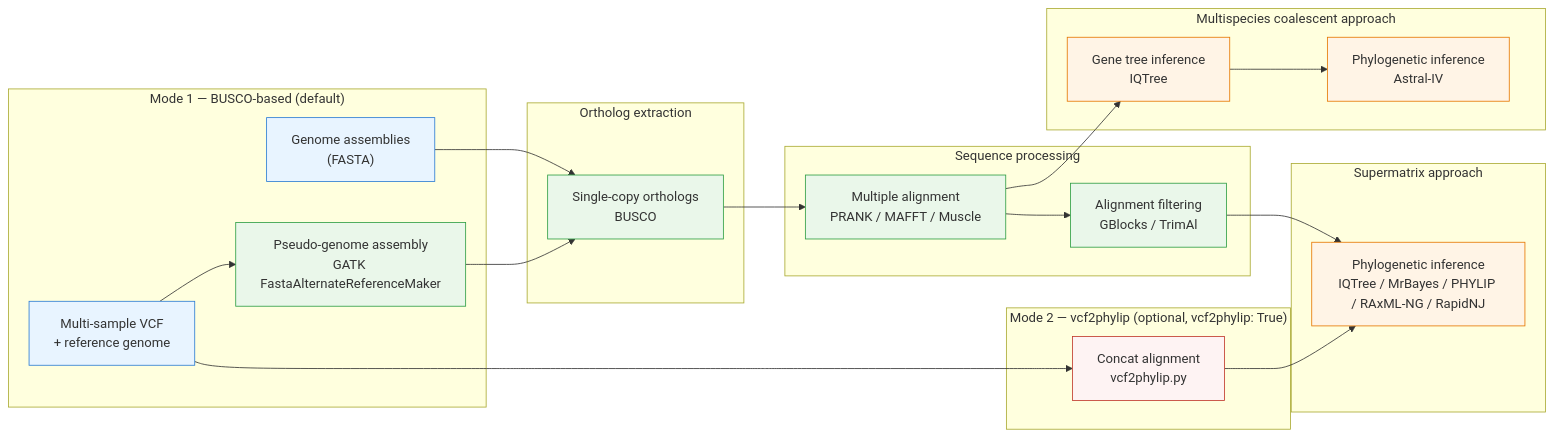
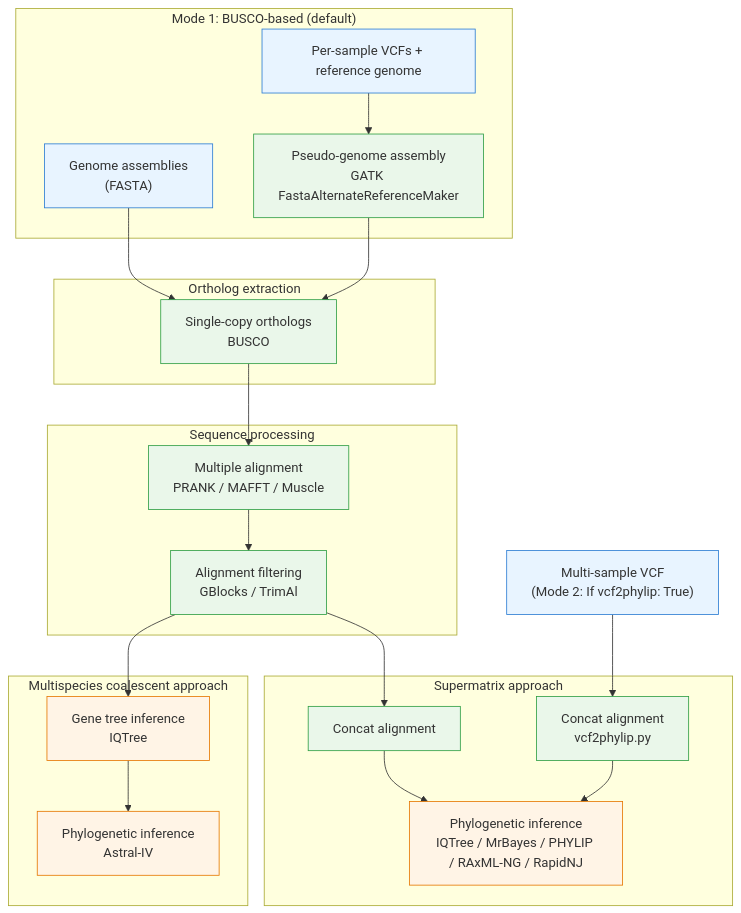
The diagram in README.md (tomarovsky/BuscoClade), drawn with Mermaid before and after one commit.

````diff
--- a/README.md
+++ b/README.md
@@ -10,62 +10,61 @@
 ```mermaid
-flowchart LR
+flowchart TD
 
-%% ----- MODE 1 INPUT -----
-subgraph INPUT["Mode 1 — BUSCO-based (default)"]
-A["Genome assemblies<br/>(FASTA)"]
-V["Multi-sample VCF<br/>+ reference genome"]
-V1["Pseudo-genome assembly<br/>GATK FastaAlternateReferenceMaker"]
+%% ----- INPUT -----
+subgraph INPUT["Mode 1: BUSCO-based (default)"]
+A_fa["Genome assemblies<br/>(FASTA)"]
+A_vcf["Per-sample VCFs + reference genome"]
+A_gatk["Pseudo-genome assembly<br/>GATK FastaAlternateReferenceMaker"]
 end
 
 %% ----- BUSCO -----
 subgraph BUSCO["Ortholog extraction"]
-B["Single-copy orthologs<br/>BUSCO"]
+B_busco["Single-copy orthologs<br/>BUSCO"]
 end
 
 %% ----- PREPROCESSING -----
 subgraph PREP["Sequence processing"]
-C["Multiple alignment<br/>PRANK / MAFFT / Muscle"]
-D["Alignment filtering<br/>GBlocks / TrimAl"]
+C_aln["Multiple alignment<br/>PRANK / MAFFT / Muscle"]
+C_flt["Alignment filtering<br/>GBlocks / TrimAl"]
 end
 
 %% ----- TREE APPROACH -----
 subgraph TREE["Multispecies coalescent approach"]
-E["Gene tree inference<br/>IQTree"]
-H["Phylogenetic inference<br/>Astral-IV"]
+D_gt["Gene tree inference<br/>IQTree"]
+D_ast["Phylogenetic inference<br/>Astral-IV"]
 end
 
 %% ----- CONCAT -----
 subgraph CONCAT["Supermatrix approach"]
-F["Phylogenetic inference<br/>IQTree / MrBayes / PHYLIP / RAxML-NG / RapidNJ"]
+E_cat["Concat alignment"]
+E_vcf["Concat alignment<br/>vcf2phylip.py"]
+E_phy["Phylogenetic inference<br/>IQTree / MrBayes / PHYLIP / RAxML-NG / RapidNJ"]
 end
 
 %% ----- MODE 2 -----
-subgraph VCF2PHYLIP["Mode 2 — vcf2phylip (optional, vcf2phylip: True)"]
-V2["Concat alignment<br/>vcf2phylip.py"]
-end
+M2["Multi-sample VCF<br/>(Mode 2: If vcf2phylip: True)"]
 
 %% ----- EDGES: MODE 1 -----
-A --> B
-V --> V1
-V1 --> B
-B --> C
-C --> D
-C --> E
-E --> H
-D --> F
+A_fa --> B_busco
+A_vcf --> A_gatk
+A_gatk --> B_busco
+B_busco --> C_aln
+C_aln --> C_flt
+C_flt --> D_gt
+D_gt --> D_ast
+C_flt --> E_cat
+E_cat --> E_phy
 
 %% ----- EDGES: MODE 2 -----
-V --> V2
-V2 --> F
+M2 --> E_vcf
+E_vcf --> E_phy
 
 %% ----- STYLE -----
 classDef input fill:#e8f4ff,stroke:#2b7cd3,stroke-width:1px
 classDef process fill:#eaf7ea,stroke:#2f9e44,stroke-width:1px
 classDef phylo fill:#fff4e6,stroke:#e67700,stroke-width:1px
-classDef vcf fill:#fef3f3,stroke:#c0392b,stroke-width:1px
 
-class A,V input
-class V1,B,C,D process
-class E,H,F phylo
-class V2 vcf
+class A_fa,A_vcf,M2 input
+class A_gatk,B_busco,C_aln,C_flt,E_cat,E_vcf process
+class D_gt,D_ast,E_phy phylo
 ```
````
